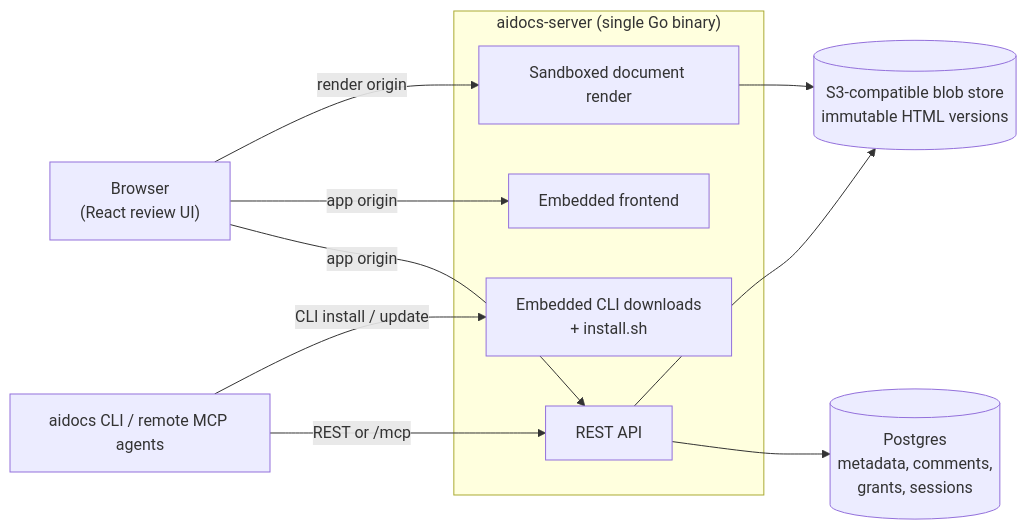
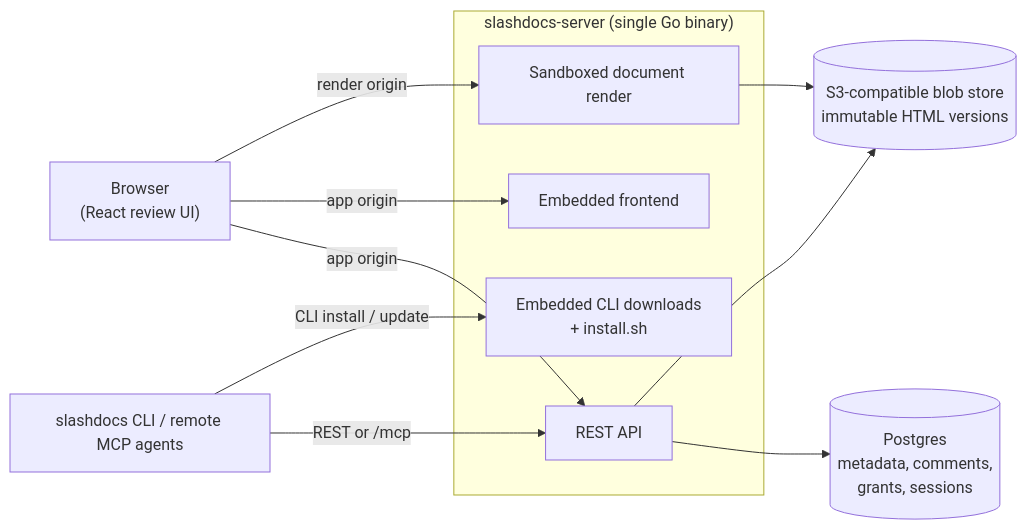
Before and after one commit to AasishDairelSahayaGrinspan/slashdocs: the diagram in README.md, drawn with Mermaid. The commit also changed other lines of this file and 236 other files, not shown here.

Commit message:
feat: rename aidocs to slashdocs

````diff
--- a/README.md
+++ b/README.md
@@ -190,24 +190,24 @@
 ```mermaid
 flowchart LR
     browser["Browser<br/>(React review UI)"]
-    clients["aidocs CLI / remote MCP agents"]
+    clients["slashdocs CLI / remote MCP agents"]
 
-    subgraph server["aidocs-server (single Go binary)"]
+    subgraph server["slashdocs-server (single Go binary)"]
         api["REST API"]
         fe["Embedded frontend"]
         dl["Embedded CLI downloads<br/>+ install.sh"]
         render["Sandboxed document render"]
     end
 
     pg[("Postgres<br/>metadata, comments,<br/>grants, sessions")]
     s3[("S3-compatible blob store<br/>immutable HTML versions")]
 
     browser -- "app origin" --> api
     browser -- "app origin" --> fe
     browser -- "render origin" --> render
     clients -- "REST or /mcp" --> api
     clients -- "CLI install / update" --> dl
     api --> pg
     api --> s3
     render --> s3
 ```
````
